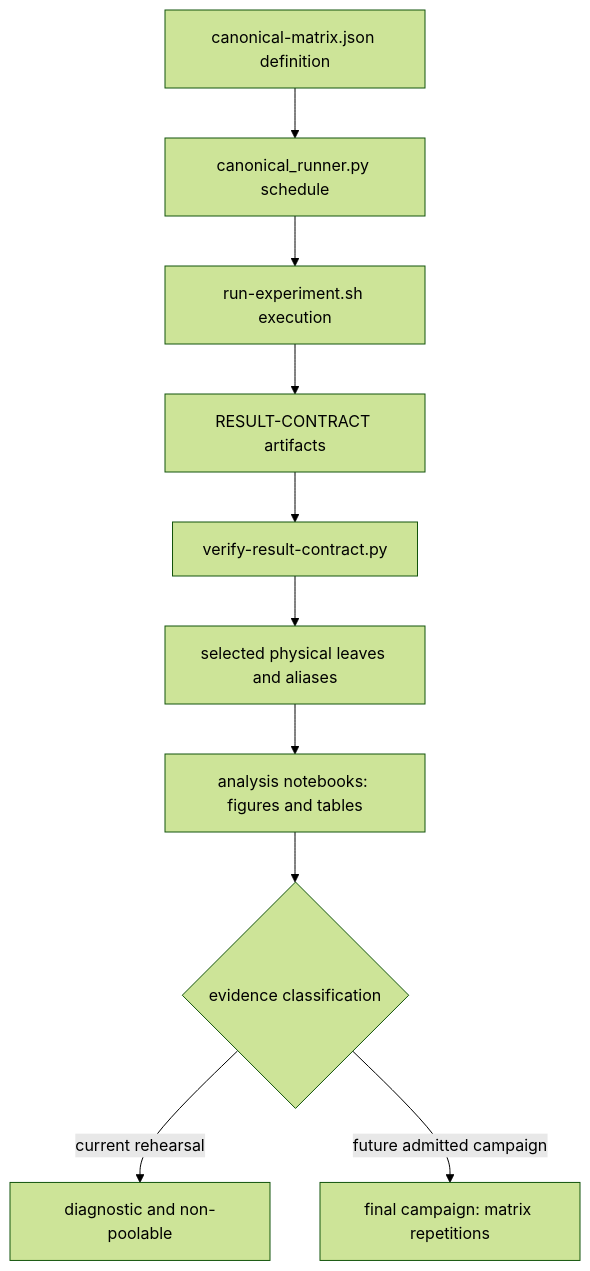
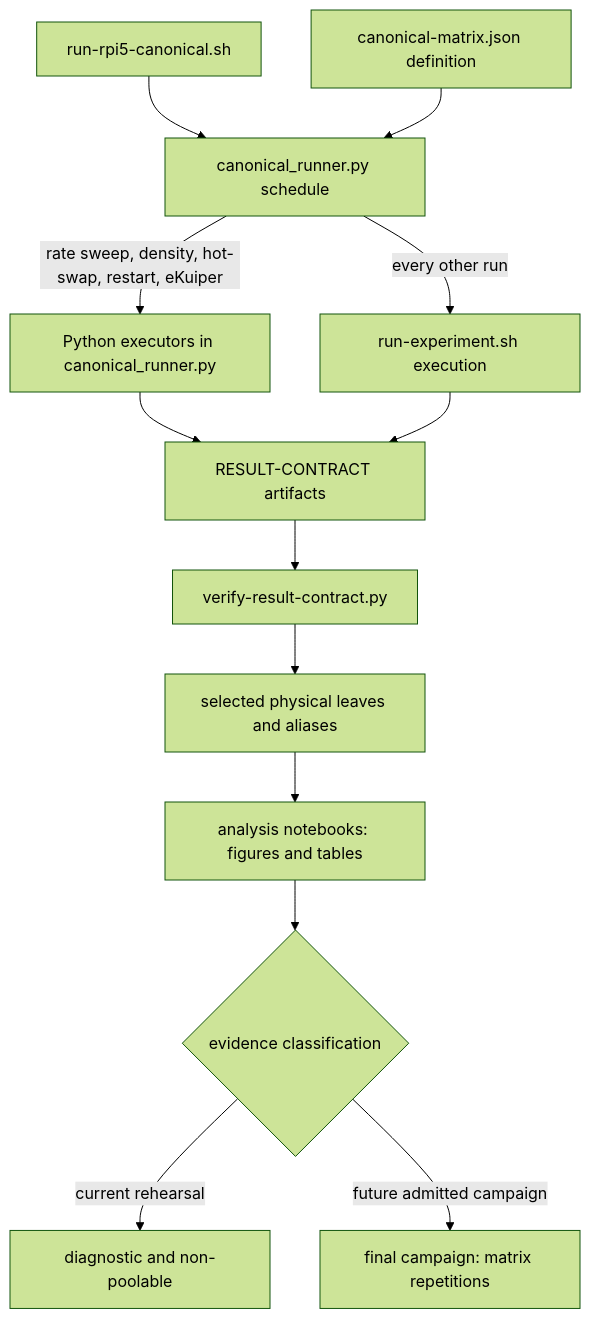
Before and after one commit to PedroKlein/wafer: the diagram in docs/learn/evaluation-harness.md, drawn with Mermaid (forest theme). The commit also changed other lines of this file and 15 other files, not shown here.

````diff
--- a/docs/learn/evaluation-harness.md
+++ b/docs/learn/evaluation-harness.md
@@ -17,12 +17,15 @@
 ```mermaid
 flowchart TD
-    A[canonical-matrix.json definition] --> B[canonical_runner.py schedule]
-    B --> C[run-experiment.sh execution]
-    C --> D[RESULT-CONTRACT artifacts]
+    S[run-rpi5-canonical.sh] --> B[canonical_runner.py schedule]
+    A[canonical-matrix.json definition] --> B
+    B -->|rate sweep, density, hot-swap, restart, eKuiper| P[Python executors in canonical_runner.py]
+    B -->|every other run| C[run-experiment.sh execution]
+    P --> D[RESULT-CONTRACT artifacts]
+    C --> D
     D --> E[verify-result-contract.py]
     E --> F[selected physical leaves and aliases]
     F --> H[analysis notebooks: figures and tables]
     H --> I{evidence classification}
     I -->|current rehearsal| J[diagnostic and non-poolable]
     I -->|future admitted campaign| K[final campaign: matrix repetitions]
 ```
````
